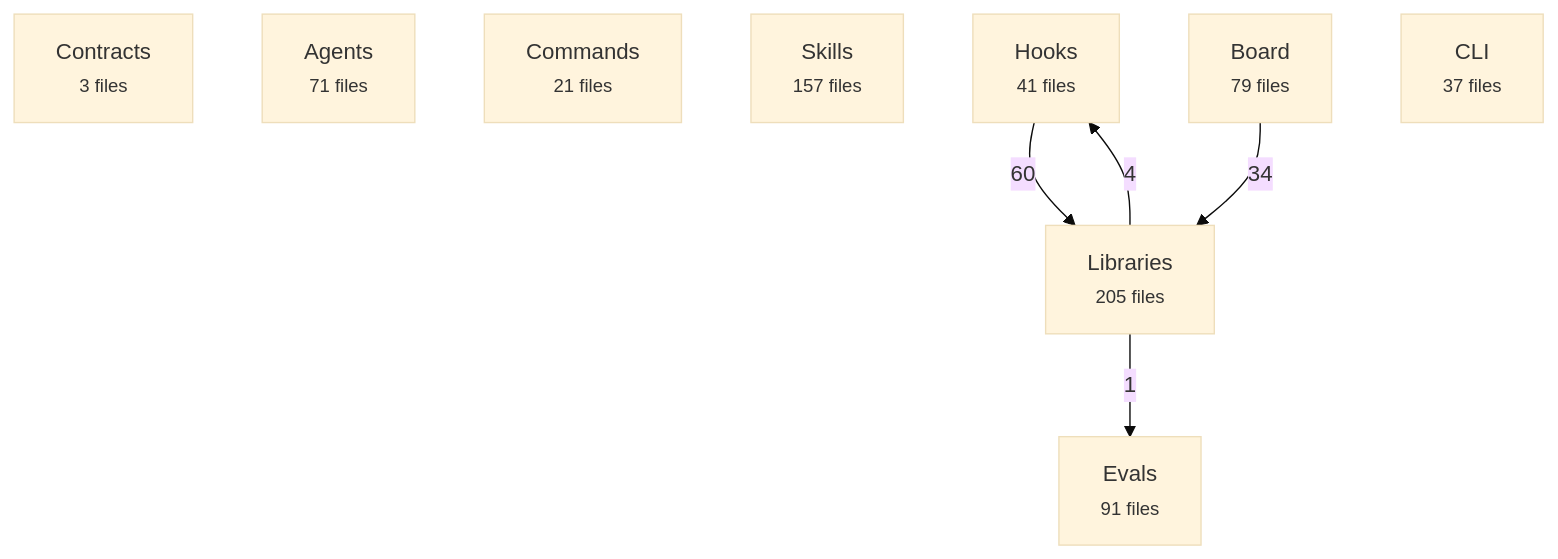
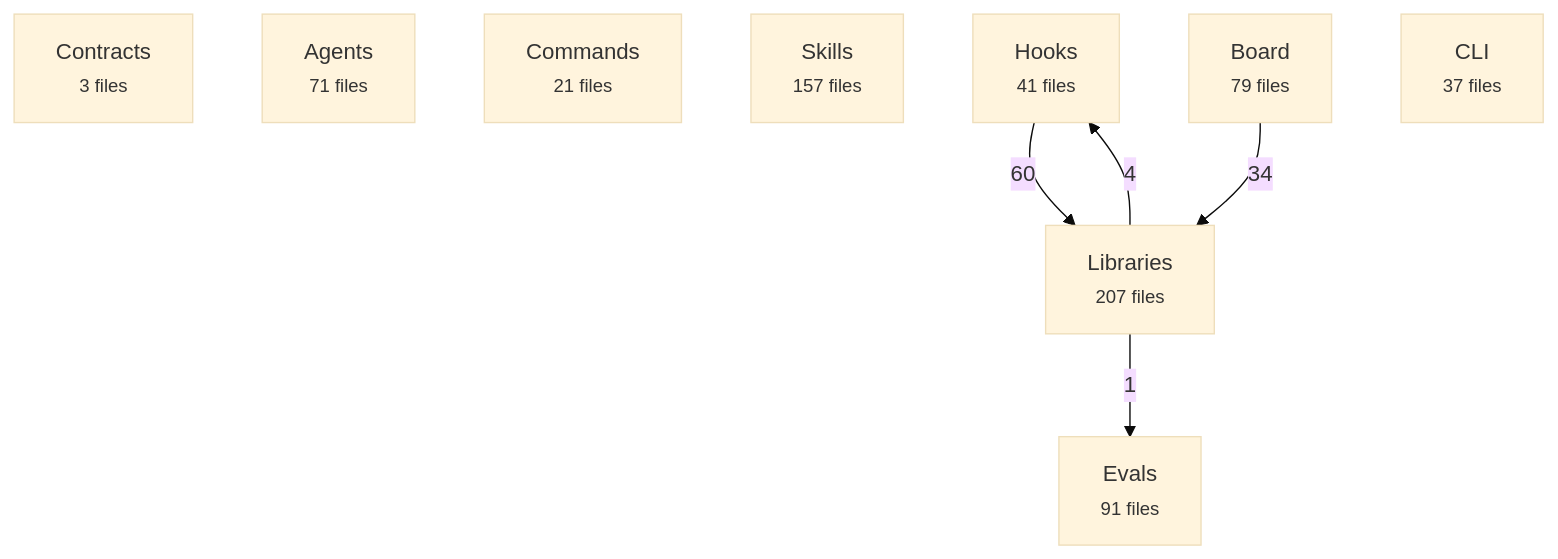
Before and after one commit to avelikiy/great_cto: the first of 2 diagrams in docs/reference/architecture-map.md, drawn with Mermaid (base theme). The commit also changed other lines of this file and 5 other files, not shown here.

````diff
--- a/docs/reference/architecture-map.md
+++ b/docs/reference/architecture-map.md
@@ -20,16 +20,16 @@
 ```mermaid
 flowchart TD
   contracts["Contracts<br/><small>3 files</small>"]
   agents["Agents<br/><small>71 files</small>"]
   commands["Commands<br/><small>21 files</small>"]
   skills["Skills<br/><small>157 files</small>"]
   hooks["Hooks<br/><small>41 files</small>"]
-  libs["Libraries<br/><small>205 files</small>"]
+  libs["Libraries<br/><small>207 files</small>"]
   board["Board<br/><small>79 files</small>"]
   cli["CLI<br/><small>37 files</small>"]
   evals["Evals<br/><small>91 files</small>"]
   hooks -->|60| libs
   board -->|34| libs
   libs -->|4| hooks
   libs -->|1| evals
 ```
````
